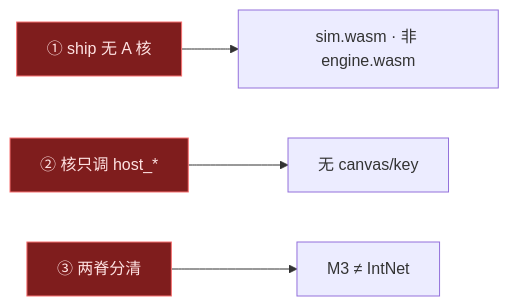
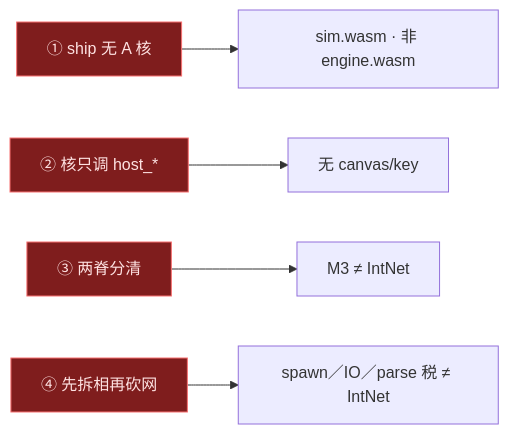
One commit to partnernetsoftware/unisacc changed the sixth of 6 diagrams in ujs/prd.md. Above: the diagram before and after it, drawn with Mermaid. The commit also changed other lines of this file and 21 other files, not shown here.

````diff
--- a/ujs/prd.md
+++ b/ujs/prd.md
@@ -573,9 +633,10 @@
 ```mermaid
 flowchart LR
     L1["① ship 无 A 核"] --> R1["sim.wasm · 非 engine.wasm"]
     L2["② 核只调 host_*"] --> R2["无 canvas/key"]
     L3["③ 两脊分清"] --> R3["M3 ≠ IntNet"]
+    L4["④ 先拆相再砍网"] --> R4["spawn／IO／parse 税 ≠ IntNet"]
 
     classDef red fill:#7f1d1d,stroke:#f87171,color:#fee2e2
-    class L1,L2,L3 red
+    class L1,L2,L3,L4 red
 ```
````
